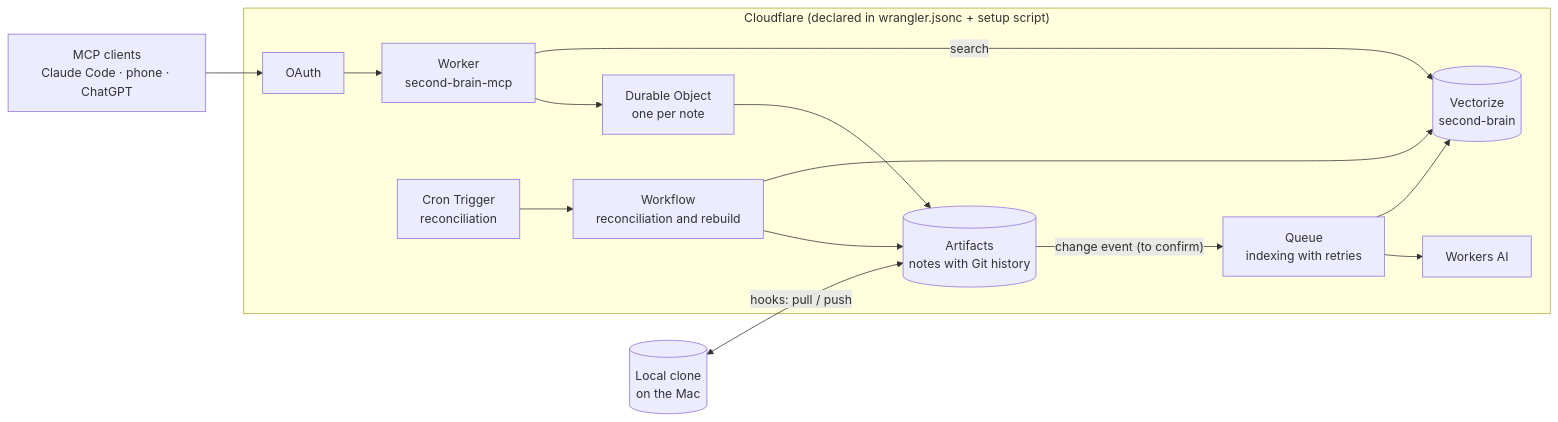
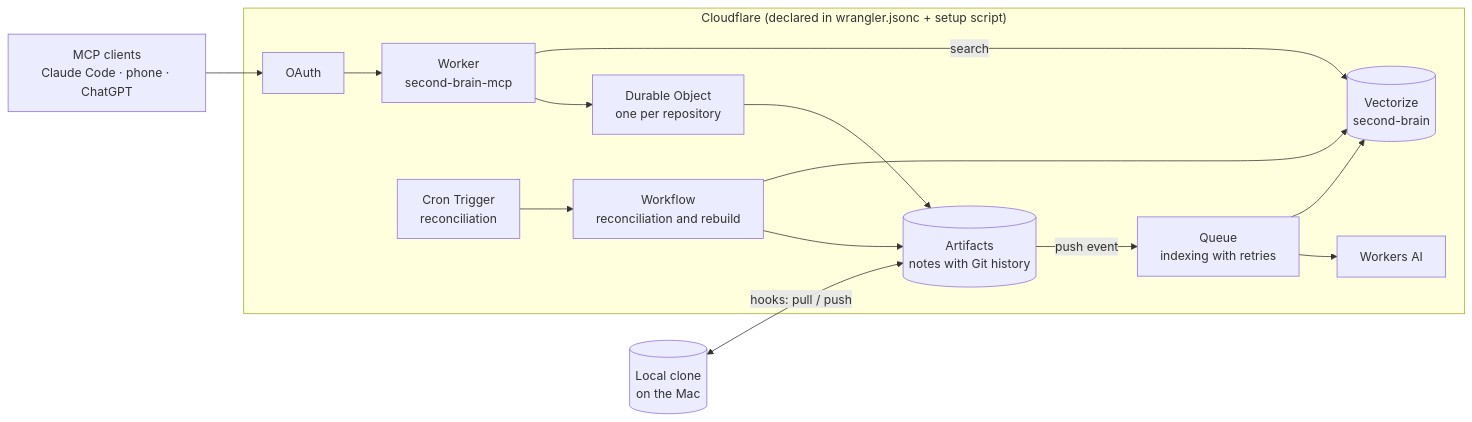
The diagram in docs/prd/v2.md (YudiG12/second-brain-mcp), drawn with Mermaid before and after one commit. The commit also changed other lines of this file and 3 other files, not shown here.

````diff
--- a/docs/prd/v2.md
+++ b/docs/prd/v2.md
@@ -44,27 +44,27 @@
 ```mermaid
 flowchart LR
     clients["MCP clients<br/>Claude Code · phone · ChatGPT"]
     subgraph cf["Cloudflare (declared in wrangler.jsonc + setup script)"]
         oauth["OAuth"]
         worker["Worker<br/>second-brain-mcp"]
-        dobj["Durable Object<br/>one per note"]
+        dobj["Durable Object<br/>one per repository"]
         notes[("Artifacts<br/>notes with Git history")]
         queue["Queue<br/>indexing with retries"]
         wf["Workflow<br/>reconciliation and rebuild"]
         ai["Workers AI"]
         vec[("Vectorize<br/>second-brain")]
         cron["Cron Trigger<br/>reconciliation"]
     end
     mac[("Local clone<br/>on the Mac")]
 
     clients --> oauth --> worker
     worker --> dobj --> notes
     worker -- "search" --> vec
-    notes -- "change event (to confirm)" --> queue
+    notes -- "push event" --> queue
     queue --> ai
     queue --> vec
     cron --> wf
     wf --> notes
     wf --> vec
     mac <-- "hooks: pull / push" --> notes
 ```
````
